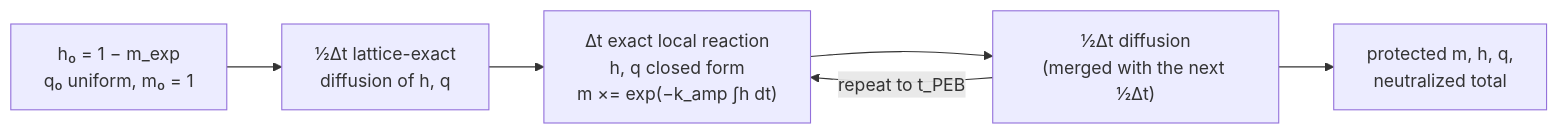
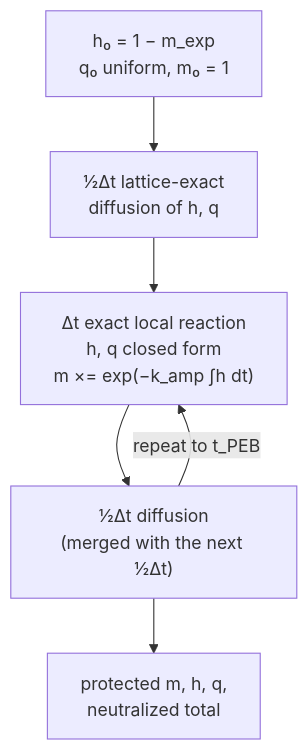
One commit to sonoransun/highuvlith changed the second of 2 diagrams in docs/processes/resist-models.md. Above: the diagram before and after it, drawn with Mermaid. The commit also changed other lines of this file and 615 other files, not shown here.

````diff
--- a/docs/processes/resist-models.md
+++ b/docs/processes/resist-models.md
@@ -123,8 +114,8 @@
 ```mermaid
-flowchart LR
+flowchart TD
     H0["h₀ = 1 − m_exp<br/>q₀ uniform, m₀ = 1"] --> D1["½Δt lattice-exact<br/>diffusion of h, q"]
     D1 --> R["Δt exact local reaction<br/>h, q closed form<br/>m ×= exp(−k_amp ∫h dt)"]
     R --> D2["½Δt diffusion<br/>(merged with the next ½Δt)"]
     D2 -->|"repeat to t_PEB"| R
     D2 --> OUT["protected m, h, q,<br/>neutralized total"]
 ```
````
